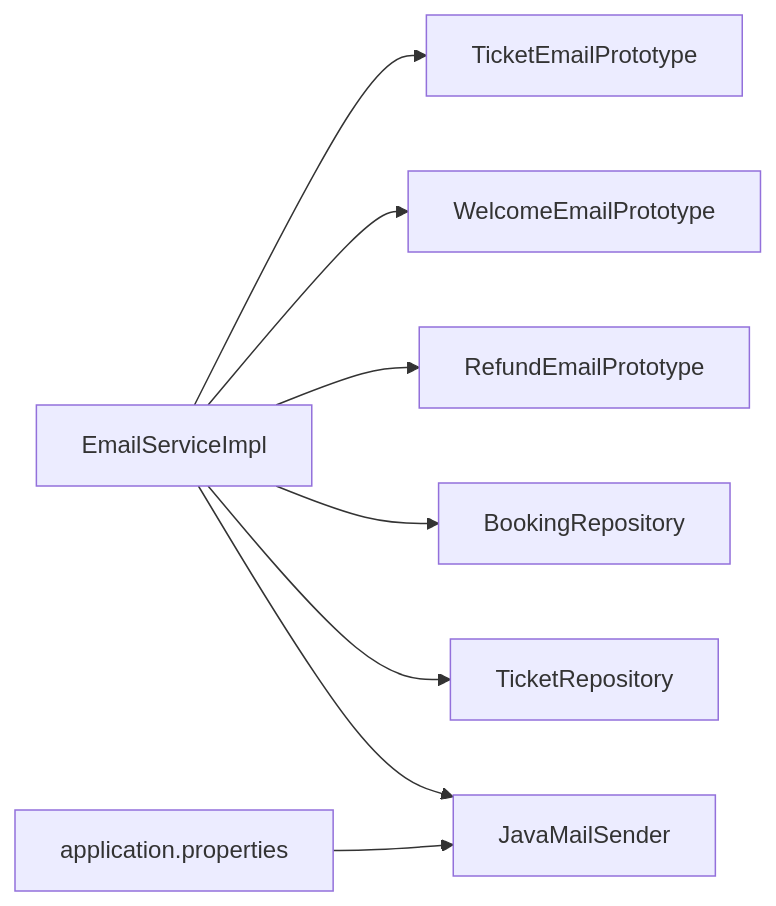
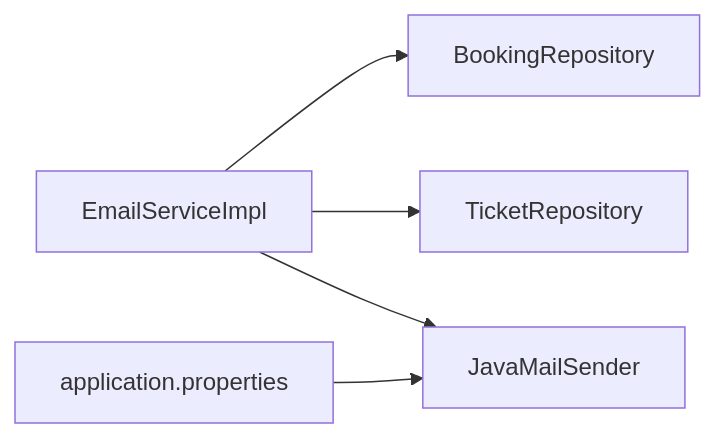
One commit to anhtudayne/Design_Pattern changed the fifth of 5 diagrams in .qoder/repowiki/en/content/Core Features Implementation/Email Notification System.md. Above: the diagram before and after it, drawn with Mermaid. The commit also changed other lines of this file and 10 other files, not shown here.

````diff
--- a/.qoder/repowiki/en/content/Core Features Implementation/Email Notification System.md
+++ b/.qoder/repowiki/en/content/Core Features Implementation/Email Notification System.md
@@ -325,10 +222,7 @@
 ```mermaid
 graph LR
-ES["EmailServiceImpl"] --> TEP["TicketEmailPrototype"]
-ES --> WEP["WelcomeEmailPrototype"]
-ES --> REP["RefundEmailPrototype"]
-ES --> RS["BookingRepository"]
+ES["EmailServiceImpl"] --> RS["BookingRepository"]
 ES --> RT["TicketRepository"]
 ES --> JMS["JavaMailSender"]
 CFG["application.properties"] --> JMS
 ```
````
